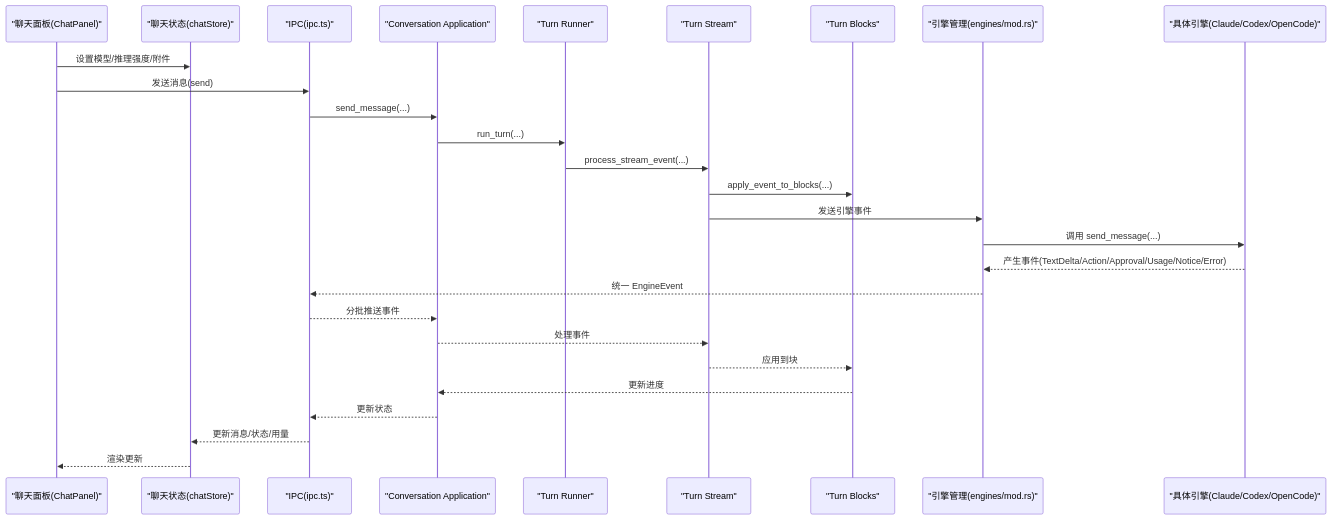
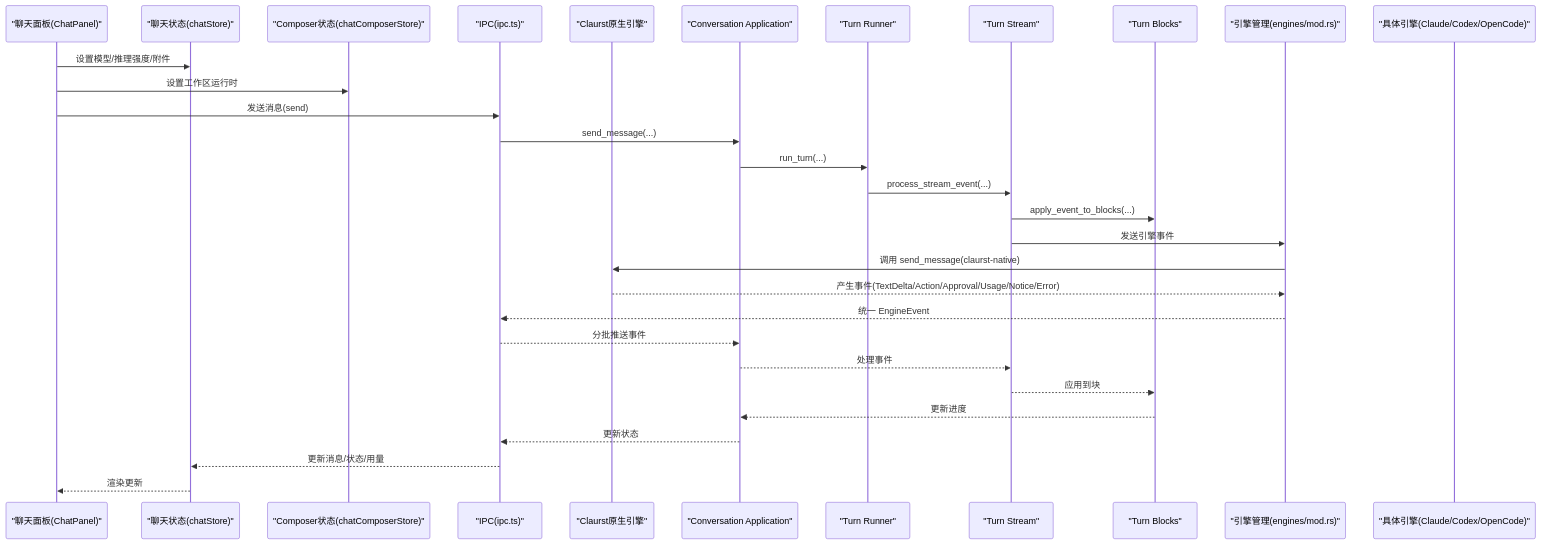
One commit to yattin/panes changed the second of 9 diagrams in .qoder/repowiki/zh/content/核心功能/聊天和 AI 集成/聊天和 AI 集成.md. Above: the diagram before and after it, drawn with Mermaid. The commit also changed other lines of this file and 45 other files, not shown here.

````diff
--- a/.qoder/repowiki/zh/content/核心功能/聊天和 AI 集成/聊天和 AI 集成.md
+++ b/.qoder/repowiki/zh/content/核心功能/聊天和 AI 集成/聊天和 AI 集成.md
@@ -165,29 +187,32 @@
 ```mermaid
 sequenceDiagram
 participant UI as "聊天面板(ChatPanel)"
 participant Store as "聊天状态(chatStore)"
+participant CCS as "Composer状态(chatComposerStore)"
 participant IPC as "IPC(ipc.ts)"
+participant CN as "Claurst原生引擎"
 participant CAM as "Conversation Application"
 participant TRR as "Turn Runner"
 participant TSR as "Turn Stream"
 participant TBR as "Turn Blocks"
 participant EngMgr as "引擎管理(engines/mod.rs)"
 participant Eng as "具体引擎(Claude/Codex/OpenCode)"
 UI->>Store : 设置模型/推理强度/附件
+UI->>CCS : 设置工作区运行时
 UI->>IPC : 发送消息(send)
 IPC->>CAM : send_message(...)
 CAM->>TRR : run_turn(...)
 TRR->>TSR : process_stream_event(...)
 TSR->>TBR : apply_event_to_blocks(...)
 TSR->>EngMgr : 发送引擎事件
-EngMgr->>Eng : 调用 send_message(...)
-Eng-->>EngMgr : 产生事件(TextDelta/Action/Approval/Usage/Notice/Error)
+EngMgr->>CN : 调用 send_message(claurst-native)
+CN-->>EngMgr : 产生事件(TextDelta/Action/Approval/Usage/Notice/Error)
 EngMgr-->>IPC : 统一 EngineEvent
 IPC-->>CAM : 分批推送事件
 CAM-->>TSR : 处理事件
 TSR-->>TBR : 应用到块
 TBR-->>CAM : 更新进度
 CAM-->>IPC : 更新状态
 IPC-->>Store : 更新消息/状态/用量
 Store-->>UI : 渲染更新
 ```
````
